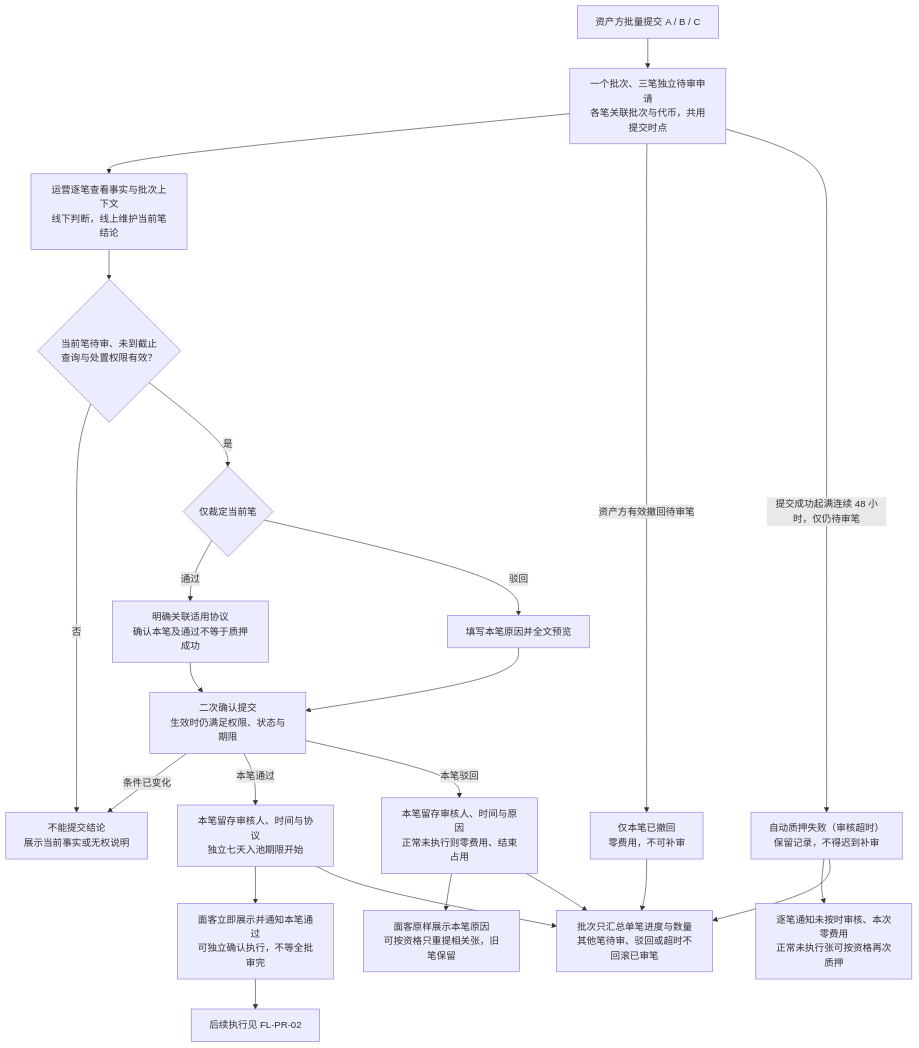
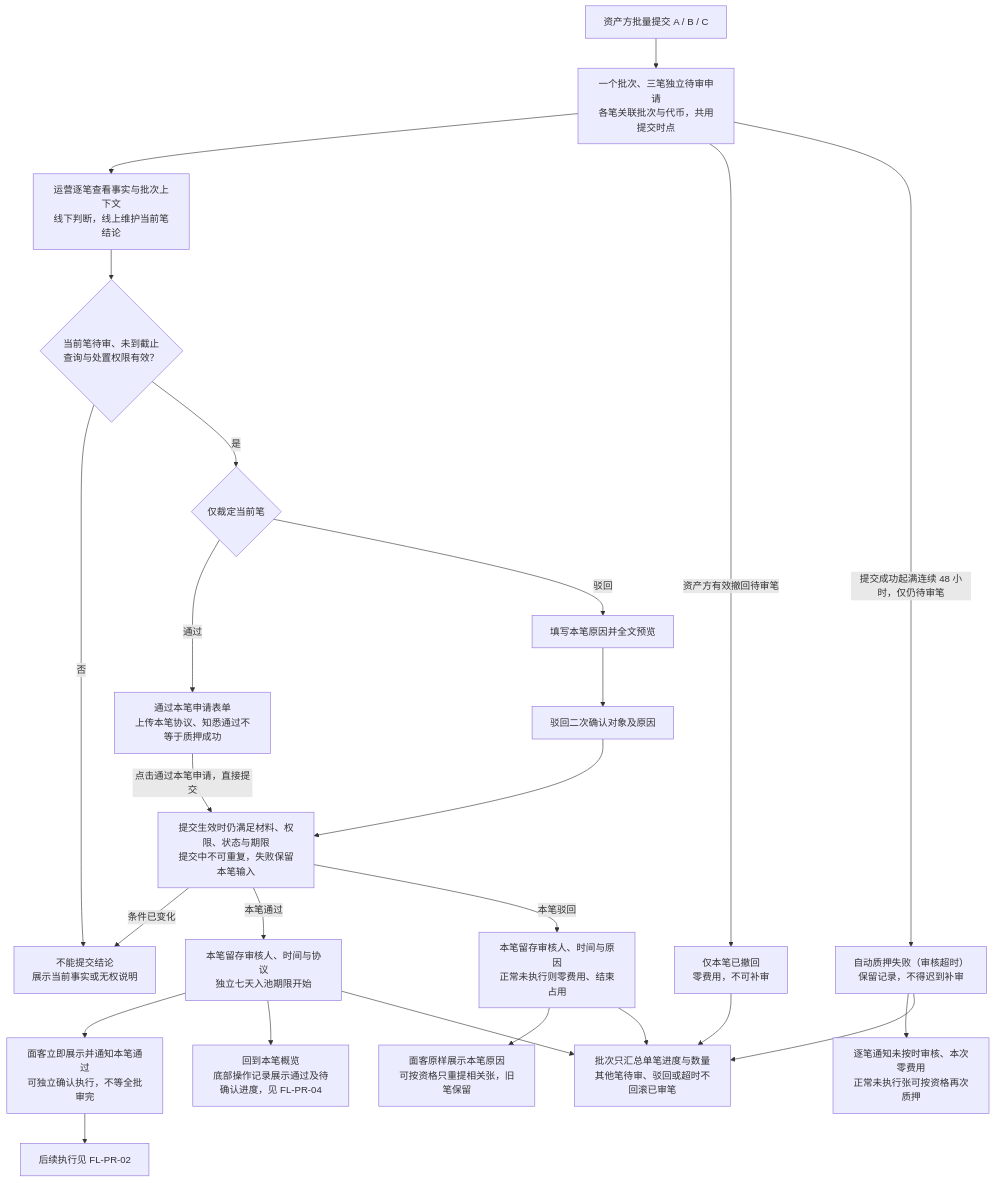
Before and after one commit to wxblockchain/Chain-Financing: the first of 6 diagrams in lending-platform/PRD/v1.0-代币质押审核/v1.0-代币质押审核-流程图与状态机.md, drawn with Mermaid. The commit also changed other lines of this file and 1 other file, not shown here.

````diff
--- a/lending-platform/PRD/v1.0-代币质押审核/v1.0-代币质押审核-流程图与状态机.md
+++ b/lending-platform/PRD/v1.0-代币质押审核/v1.0-代币质押审核-流程图与状态机.md
@@ -20,25 +21,27 @@
 ```mermaid
 flowchart TD
   A["资产方批量提交 A / B / C"] --> B["一个批次、三笔独立待审申请<br/>各笔关联批次与代币，共用提交时点"]
   B --> C["运营逐笔查看事实与批次上下文<br/>线下判断，线上维护当前笔结论"]
   C --> D{"当前笔待审、未到截止<br/>查询与处置权限有效？"}
   D -- "否" --> E["不能提交结论<br/>展示当前事实或无权说明"]
   D -- "是" --> F{"仅裁定当前笔"}
-  F -- "通过" --> G["明确关联适用协议<br/>确认本笔及通过不等于质押成功"]
+  F -- "通过" --> G["通过本笔申请表单<br/>上传本笔协议、知悉通过不等于质押成功"]
   F -- "驳回" --> H["填写本笔原因并全文预览"]
-  G --> I["二次确认提交<br/>生效时仍满足权限、状态与期限"]
-  H --> I
+  G -- "点击通过本笔申请，直接提交" --> I["提交生效时仍满足材料、权限、状态与期限<br/>提交中不可重复，失败保留本笔输入"]
+  H --> R["驳回二次确认对象及原因"]
+  R --> I
   I -- "条件已变化" --> E
   I -- "本笔通过" --> J["本笔留存审核人、时间与协议<br/>独立七天入池期限开始"]
   I -- "本笔驳回" --> K["本笔留存审核人、时间与原因<br/>正常未执行则零费用、结束占用"]
   J --> L["面客立即展示并通知本笔通过<br/>可独立确认执行，不等全批审完"]
   L --> X["后续执行见 FL-PR-02"]
   K --> M["面客原样展示本笔原因<br/>可按资格只重提相关张，旧笔保留"]
   B -- "资产方有效撤回待审笔" --> N["仅本笔已撤回<br/>零费用，不可补审"]
   B -- "提交成功起满连续 48 小时，仅仍待审笔" --> O["自动质押失败（审核超时）<br/>保留记录，不得迟到补审"]
   O --> P["逐笔通知未按时审核、本次零费用<br/>正常未执行张可按资格再次质押"]
+  J --> V["回到本笔概览<br/>底部操作记录展示通过及待确认进度，见 FL-PR-04"]
   J --> Q["批次只汇总单笔进度与数量<br/>其他笔待审、驳回或超时不回滚已审笔"]
   K --> Q
   N --> Q
   O --> Q
 ```
````
